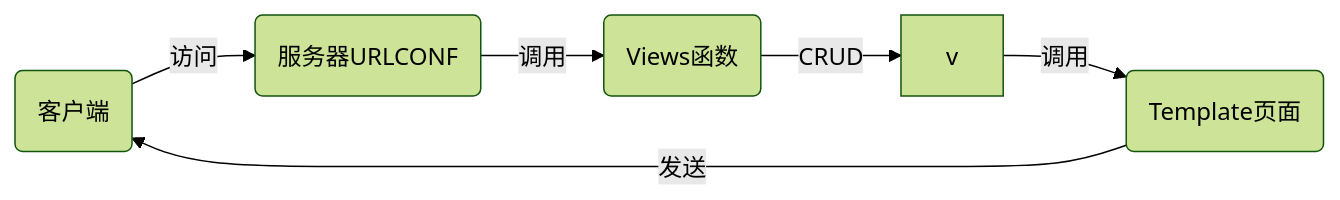
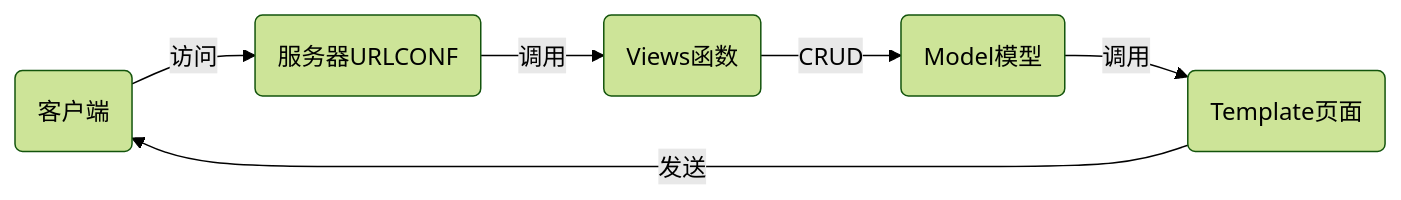
The diagram in devweb/Python DevWeb.md (squirrelhui/python_training), drawn with Mermaid (forest theme) before and after one commit. The commit also changed other lines of this file and 57 other files, not shown here.

`````diff
--- a/devweb/Python DevWeb.md
+++ b/devweb/Python DevWeb.md
@@ -1259,8 +1259,8 @@
 ````mermaid
 graph LR
 c(客户端)--访问-->s(服务器URLCONF)
 s--调用-->m(Views函数)
-m--CRUD-->v
+m--CRUD-->v(Model模型)
 v--调用-->t(Template页面)
 t--发送-->c
 ````
`````
